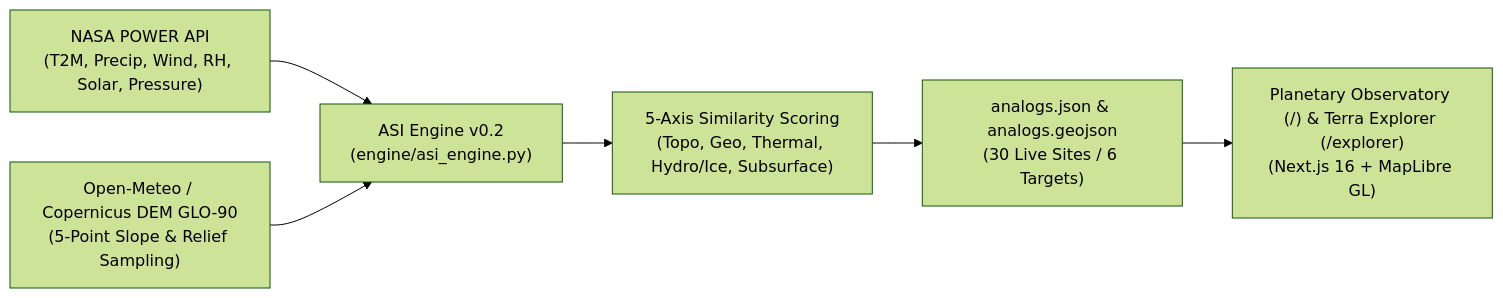
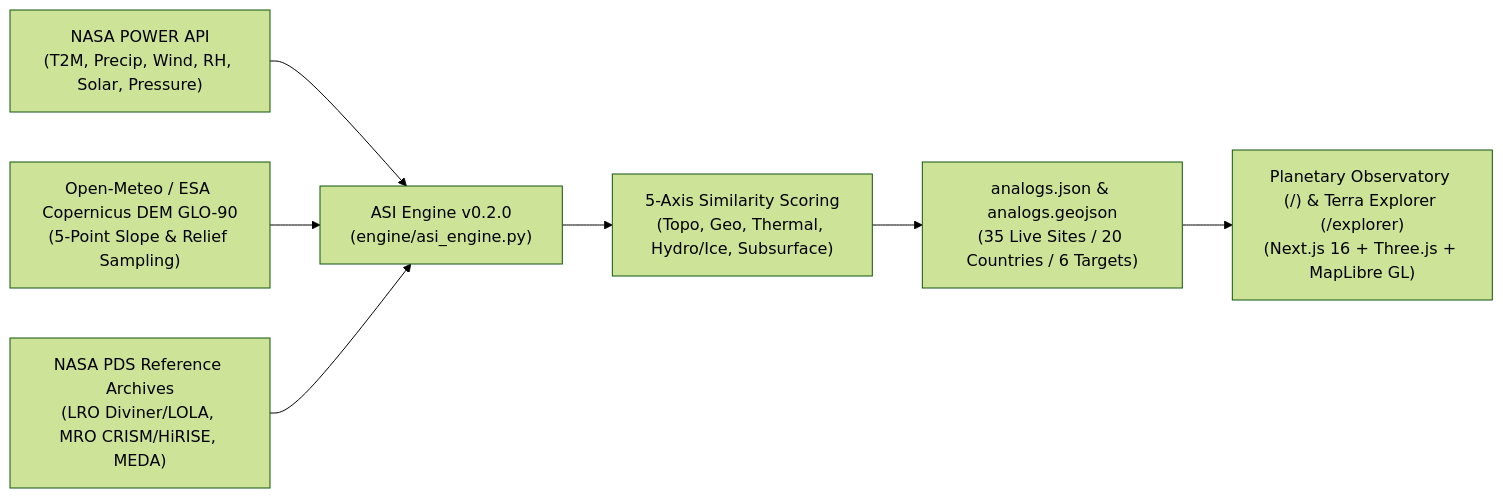
One commit to FakeCxbas/Atlania changed the diagram in README.md. Above: the diagram before and after it, drawn with Mermaid (forest theme). The commit also changed other lines of this file and 11 other files, not shown here.

````diff
--- a/README.md
+++ b/README.md
@@ -37,8 +67,9 @@
 ```mermaid
 flowchart LR
-    A["NASA POWER API<br/>(T2M, Precip, Wind, RH, Solar, Pressure)"] --> C["ASI Engine v0.2<br/>(engine/asi_engine.py)"]
-    B["Open-Meteo / Copernicus DEM GLO-90<br/>(5-Point Slope & Relief Sampling)"] --> C
+    A["NASA POWER API<br/>(T2M, Precip, Wind, RH, Solar, Pressure)"] --> C["ASI Engine v0.2.0<br/>(engine/asi_engine.py)"]
+    B["Open-Meteo / ESA Copernicus DEM GLO-90<br/>(5-Point Slope & Relief Sampling)"] --> C
+    P["NASA PDS Reference Archives<br/>(LRO Diviner/LOLA, MRO CRISM/HiRISE, MEDA)"] --> C
     C --> D["5-Axis Similarity Scoring<br/>(Topo, Geo, Thermal, Hydro/Ice, Subsurface)"]
-    D --> E["analogs.json & analogs.geojson<br/>(30 Live Sites / 6 Targets)"]
-    E --> F["Planetary Observatory (/) & Terra Explorer (/explorer)<br/>(Next.js 16 + MapLibre GL)"]
+    D --> E["analogs.json & analogs.geojson<br/>(35 Live Sites / 20 Countries / 6 Targets)"]
+    E --> F["Planetary Observatory (/) & Terra Explorer (/explorer)<br/>(Next.js 16 + Three.js + MapLibre GL)"]
 ```
````
